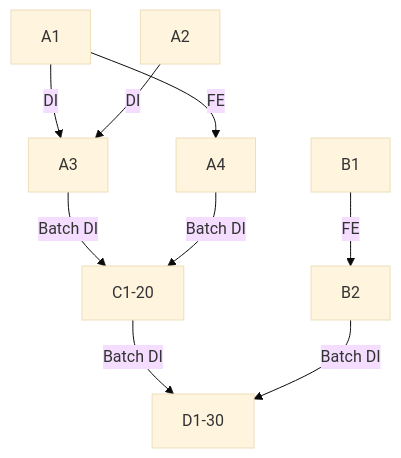
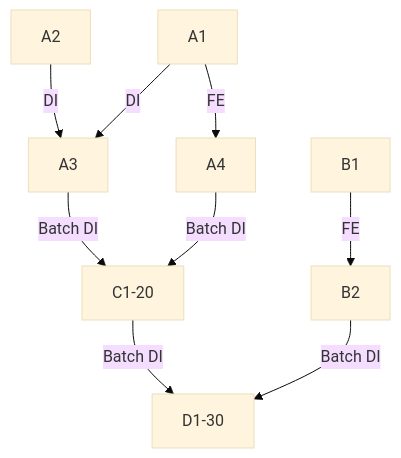
One commit to BKMzero/ultrabroken-documentation changed the second of 5 diagrams in docs/wiki/_wip/sfo-nesting-test.md. Above: the diagram before and after it, drawn with Mermaid (base theme). The commit also changed other lines of this file, not shown here.

````diff
--- a/docs/wiki/_wip/sfo-nesting-test.md
+++ b/docs/wiki/_wip/sfo-nesting-test.md
@@ -178,11 +176,11 @@
-           ```mermaid
+            ```mermaid
             graph TD
                 A[B1] -->|FE| B[B2]
-                C[A1] -->|DI| D[A3]
-                E[A2] -->|DI| D
-                C --> |FE| F[A4]
+                C[A2] -->|DI| D[A3]
+                E[A1] -->|DI| D
+                E --> |FE| F[A4]
                 D --> |Batch DI| G["C1-20"]
                 F --> |Batch DI| G
                 G --> |Batch DI| H["D1-30"]
                 B --> |Batch DI| H
             ```
````
